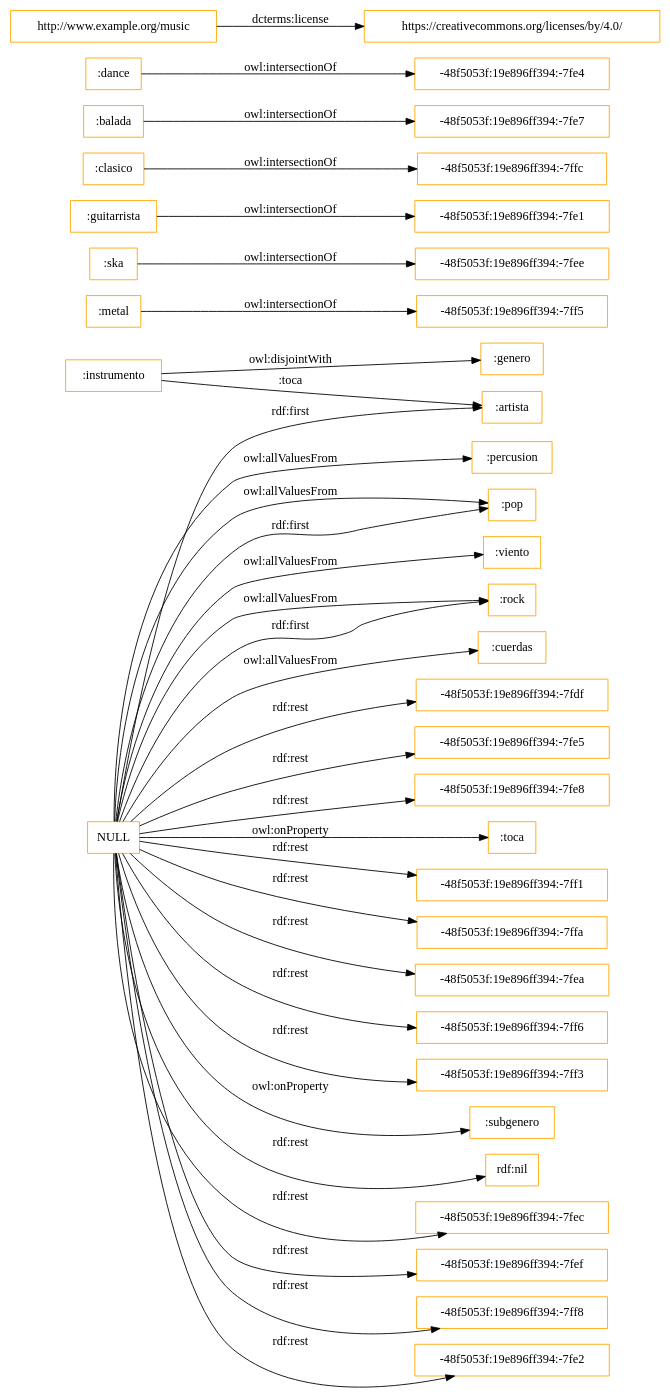
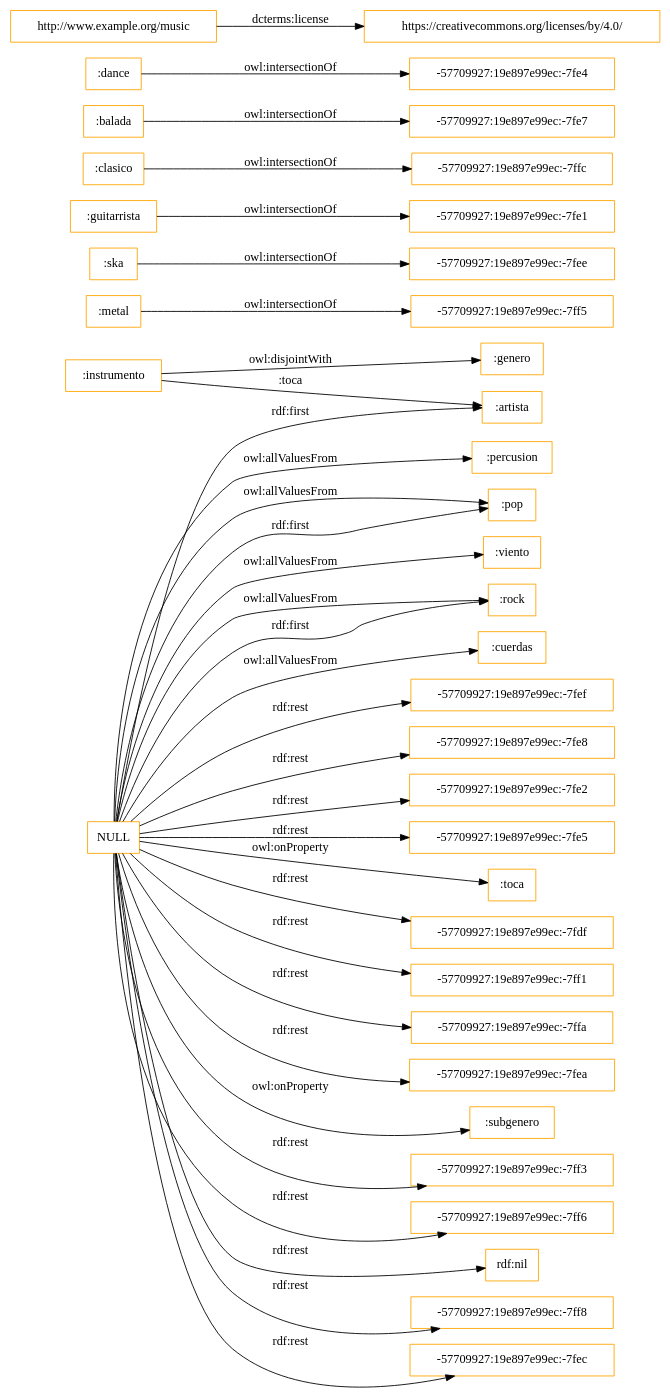
The diagram in OnToology/music.owl/diagrams/ar2dtool-class/music.owl.png.dot (Noah1891/ontoology_min_ex), drawn with Graphviz before and after one commit. The commit also changed 2 other files, not shown here.

```diff
--- a/OnToology/music.owl/diagrams/ar2dtool-class/music.owl.png.dot
+++ b/OnToology/music.owl/diagrams/ar2dtool-class/music.owl.png.dot
@@ -1,38 +1,38 @@
 digraph ar2dtool_diagram { 
 rankdir=LR;
 size="1501"
 node [shape = rectangle, color="orange"]; ":percusion" ":pop" ":metal" ":ska" ":genero" ":guitarrista" ":viento" ":clasico" ":balada" ":rock" ":cuerdas" ":instrumento" ":dance" ":artista" ; /*classes style*/
-	":ska" -> "-48f5053f:19e896ff394:-7fee" [ label = "owl:intersectionOf" ];
-	":metal" -> "-48f5053f:19e896ff394:-7ff5" [ label = "owl:intersectionOf" ];
+	":ska" -> "-57709927:19e897e99ec:-7fee" [ label = "owl:intersectionOf" ];
+	":metal" -> "-57709927:19e897e99ec:-7ff5" [ label = "owl:intersectionOf" ];
 	":instrumento" -> ":genero" [ label = "owl:disjointWith" ];
-	":balada" -> "-48f5053f:19e896ff394:-7fe7" [ label = "owl:intersectionOf" ];
-	":guitarrista" -> "-48f5053f:19e896ff394:-7fe1" [ label = "owl:intersectionOf" ];
-	":dance" -> "-48f5053f:19e896ff394:-7fe4" [ label = "owl:intersectionOf" ];
-	":clasico" -> "-48f5053f:19e896ff394:-7ffc" [ label = "owl:intersectionOf" ];
+	":balada" -> "-57709927:19e897e99ec:-7fe7" [ label = "owl:intersectionOf" ];
+	":guitarrista" -> "-57709927:19e897e99ec:-7fe1" [ label = "owl:intersectionOf" ];
+	":dance" -> "-57709927:19e897e99ec:-7fe4" [ label = "owl:intersectionOf" ];
+	":clasico" -> "-57709927:19e897e99ec:-7ffc" [ label = "owl:intersectionOf" ];
 	"http://www.example.org/music" -> "https://creativecommons.org/licenses/by/4.0/" [ label = "dcterms:license" ];
-	"NULL" -> "-48f5053f:19e896ff394:-7fe8" [ label = "rdf:rest" ];
+	"NULL" -> "-57709927:19e897e99ec:-7fe2" [ label = "rdf:rest" ];
+	"NULL" -> "-57709927:19e897e99ec:-7fe5" [ label = "rdf:rest" ];
 	"NULL" -> ":toca" [ label = "owl:onProperty" ];
-	"NULL" -> "-48f5053f:19e896ff394:-7ff1" [ label = "rdf:rest" ];
-	"NULL" -> "-48f5053f:19e896ff394:-7ffa" [ label = "rdf:rest" ];
+	"NULL" -> "-57709927:19e897e99ec:-7fdf" [ label = "rdf:rest" ];
+	"NULL" -> "-57709927:19e897e99ec:-7ff1" [ label = "rdf:rest" ];
 	"NULL" -> ":rock" [ label = "rdf:first" ];
+	"NULL" -> "-57709927:19e897e99ec:-7ffa" [ label = "rdf:rest" ];
 	"NULL" -> ":percusion" [ label = "owl:allValuesFrom" ];
-	"NULL" -> "-48f5053f:19e896ff394:-7fea" [ label = "rdf:rest" ];
-	"NULL" -> "-48f5053f:19e896ff394:-7ff6" [ label = "rdf:rest" ];
 	"NULL" -> ":rock" [ label = "owl:allValuesFrom" ];
-	"NULL" -> "-48f5053f:19e896ff394:-7ff3" [ label = "rdf:rest" ];
+	"NULL" -> "-57709927:19e897e99ec:-7fea" [ label = "rdf:rest" ];
 	"NULL" -> ":subgenero" [ label = "owl:onProperty" ];
+	"NULL" -> "-57709927:19e897e99ec:-7ff3" [ label = "rdf:rest" ];
+	"NULL" -> "-57709927:19e897e99ec:-7ff6" [ label = "rdf:rest" ];
 	"NULL" -> ":cuerdas" [ label = "owl:allValuesFrom" ];
 	"NULL" -> ":viento" [ label = "owl:allValuesFrom" ];
 	"NULL" -> "rdf:nil" [ label = "rdf:rest" ];
 	"NULL" -> ":pop" [ label = "rdf:first" ];
-	"NULL" -> "-48f5053f:19e896ff394:-7fec" [ label = "rdf:rest" ];
-	"NULL" -> "-48f5053f:19e896ff394:-7fef" [ label = "rdf:rest" ];
-	"NULL" -> "-48f5053f:19e896ff394:-7ff8" [ label = "rdf:rest" ];
-	"NULL" -> "-48f5053f:19e896ff394:-7fe2" [ label = "rdf:rest" ];
+	"NULL" -> "-57709927:19e897e99ec:-7ff8" [ label = "rdf:rest" ];
+	"NULL" -> "-57709927:19e897e99ec:-7fec" [ label = "rdf:rest" ];
+	"NULL" -> "-57709927:19e897e99ec:-7fef" [ label = "rdf:rest" ];
 	"NULL" -> ":artista" [ label = "rdf:first" ];
-	"NULL" -> "-48f5053f:19e896ff394:-7fdf" [ label = "rdf:rest" ];
-	"NULL" -> "-48f5053f:19e896ff394:-7fe5" [ label = "rdf:rest" ];
+	"NULL" -> "-57709927:19e897e99ec:-7fe8" [ label = "rdf:rest" ];
 	"NULL" -> ":pop" [ label = "owl:allValuesFrom" ];
 	":instrumento" -> ":artista" [ label = ":toca" ];
 
 }
```
